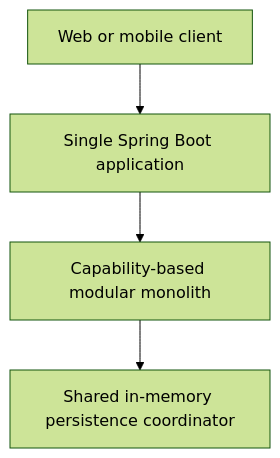
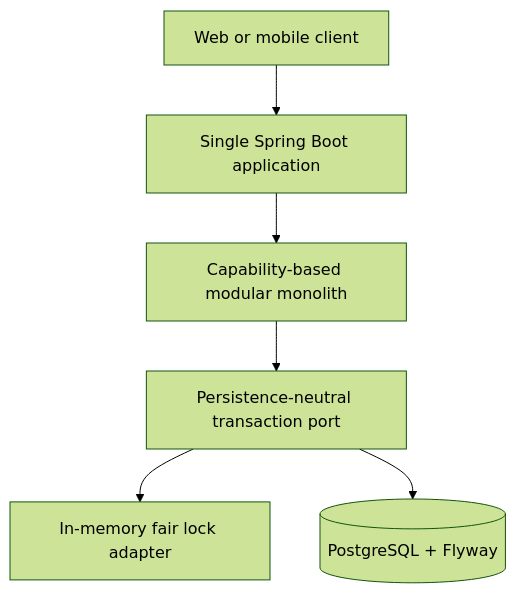
Before and after one commit to ongeziwe17/carwash-booking-queue-system: the first of 3 diagrams in documentation/ARCHITECTURE.md, drawn with Mermaid (forest theme). The commit also changed other lines of this file and 91 other files, not shown here.

````diff
--- a/documentation/ARCHITECTURE.md
+++ b/documentation/ARCHITECTURE.md
@@ -7,6 +7,8 @@
 ```mermaid
 flowchart TD
     Client[Web or mobile client] --> App[Single Spring Boot application]
     App --> Modules[Capability-based modular monolith]
-    Modules --> Memory[Shared in-memory persistence coordinator]
+    Modules --> Tx[Persistence-neutral transaction port]
+    Tx --> Memory[In-memory fair lock adapter]
+    Tx --> PostgreSQL[(PostgreSQL + Flyway)]
 ```
````
